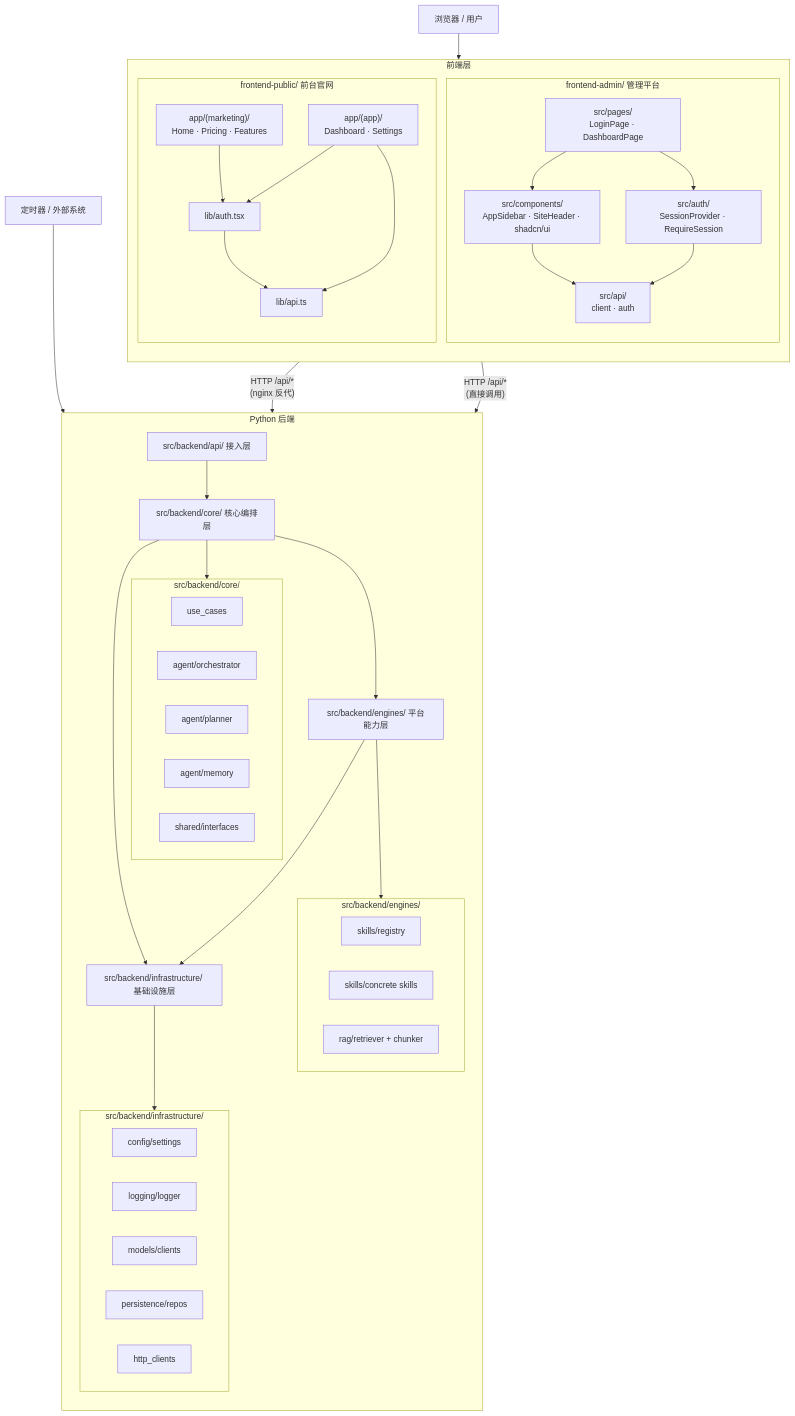
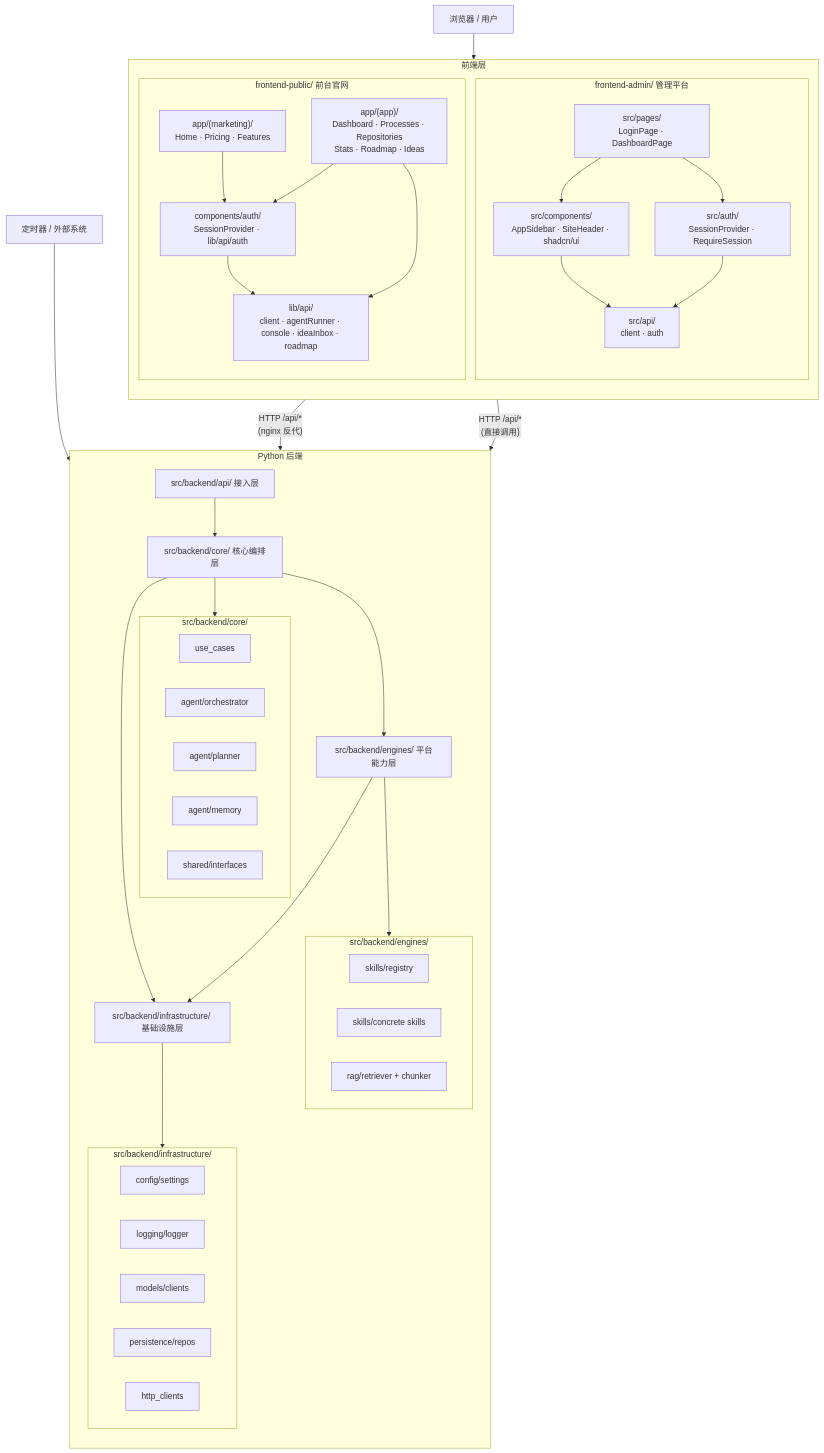
One commit to zata-zhangtao/keda changed the diagram in docs/architecture/system-design.md. Above: the diagram before and after it, drawn with Mermaid. The commit also changed other lines of this file and 396 other files, not shown here.

````diff
--- a/docs/architecture/system-design.md
+++ b/docs/architecture/system-design.md
@@ -51,73 +51,73 @@
 ```mermaid
 flowchart TD
     Browser["浏览器 / 用户"] --> FE
 
     subgraph FE["前端层"]
         direction TB
         subgraph FE_ADMIN["frontend-admin/ 管理平台"]
             FE_ADMIN_PAGES["src/pages/\nLoginPage · DashboardPage"]
             FE_ADMIN_LAYOUT["src/components/\nAppSidebar · SiteHeader · shadcn/ui"]
             FE_ADMIN_AUTH["src/auth/\nSessionProvider · RequireSession"]
             FE_ADMIN_API["src/api/\nclient · auth"]
             FE_ADMIN_PAGES --> FE_ADMIN_LAYOUT
             FE_ADMIN_PAGES --> FE_ADMIN_AUTH
             FE_ADMIN_AUTH --> FE_ADMIN_API
             FE_ADMIN_LAYOUT --> FE_ADMIN_API
         end
 
         subgraph FE_PUBLIC["frontend-public/ 前台官网"]
             FE_PUBLIC_MARKETING["app/(marketing)/\nHome · Pricing · Features"]
-            FE_PUBLIC_APP["app/(app)/\nDashboard · Settings"]
-            FE_PUBLIC_AUTH["lib/auth.tsx"]
-            FE_PUBLIC_API["lib/api.ts"]
+            FE_PUBLIC_APP["app/(app)/\nDashboard · Processes · Repositories\nStats · Roadmap · Ideas"]
+            FE_PUBLIC_AUTH["components/auth/\nSessionProvider · lib/api/auth"]
+            FE_PUBLIC_API["lib/api/\nclient · agentRunner · console · ideaInbox · roadmap"]
             FE_PUBLIC_MARKETING --> FE_PUBLIC_AUTH
             FE_PUBLIC_APP --> FE_PUBLIC_AUTH
             FE_PUBLIC_APP --> FE_PUBLIC_API
             FE_PUBLIC_AUTH --> FE_PUBLIC_API
         end
     end
 
     FE_ADMIN_API -->|"HTTP /api/*\n(nginx 反代)"| Apps
     FE_PUBLIC_API -->|"HTTP /api/*\n(直接调用)"| Apps
 
     subgraph Backend["Python 后端"]
         direction TB
         Apps["src/backend/api/ 接入层"]
         Core["src/backend/core/ 核心编排层"]
         Platform["src/backend/engines/ 平台能力层"]
         Infra["src/backend/infrastructure/ 基础设施层"]
 
         Apps --> Core
         Core --> Platform
         Core --> Infra
         Platform --> Infra
 
         subgraph CoreDetails["src/backend/core/"]
             UC["use_cases"]
             ORCH["agent/orchestrator"]
             PLAN["agent/planner"]
             MEM["agent/memory"]
             IFACE["shared/interfaces"]
         end
 
         subgraph PlatformDetails["src/backend/engines/"]
             REG["skills/registry"]
             SKILL["skills/concrete skills"]
             RAG["rag/retriever + chunker"]
         end
 
         subgraph InfraDetails["src/backend/infrastructure/"]
             CFG["config/settings"]
             LOG["logging/logger"]
             LLM["models/clients"]
             DB["persistence/repos"]
             HTTP["http_clients"]
         end
 
         Core --> CoreDetails
         Platform --> PlatformDetails
         Infra --> InfraDetails
     end
 
     Timer["定时器 / 外部系统"] --> Apps
 ```
````
